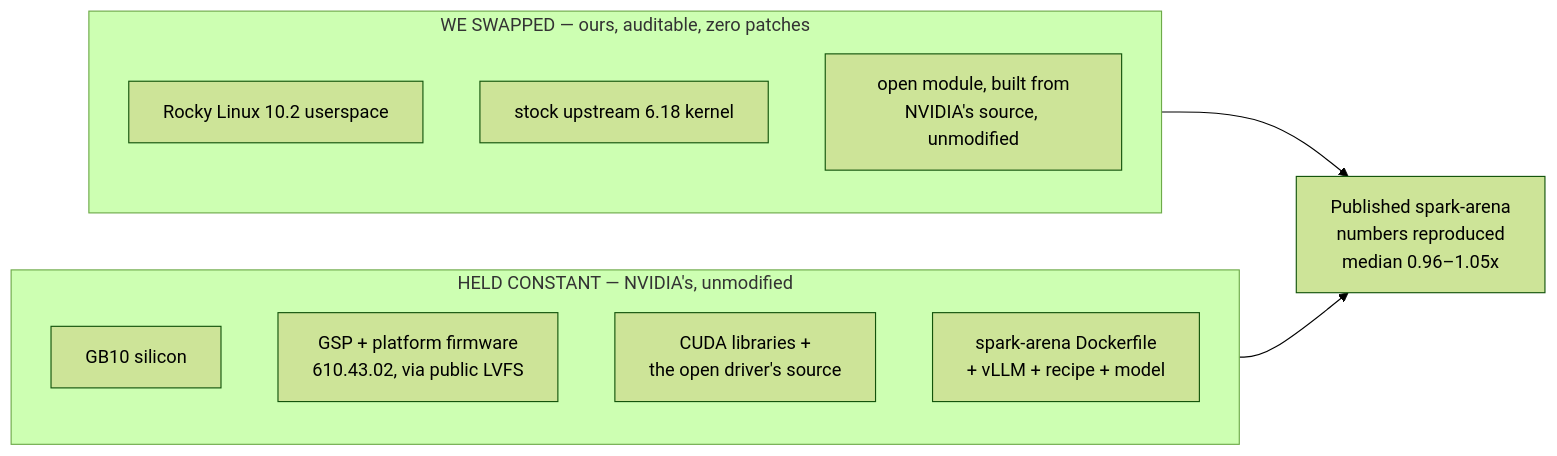
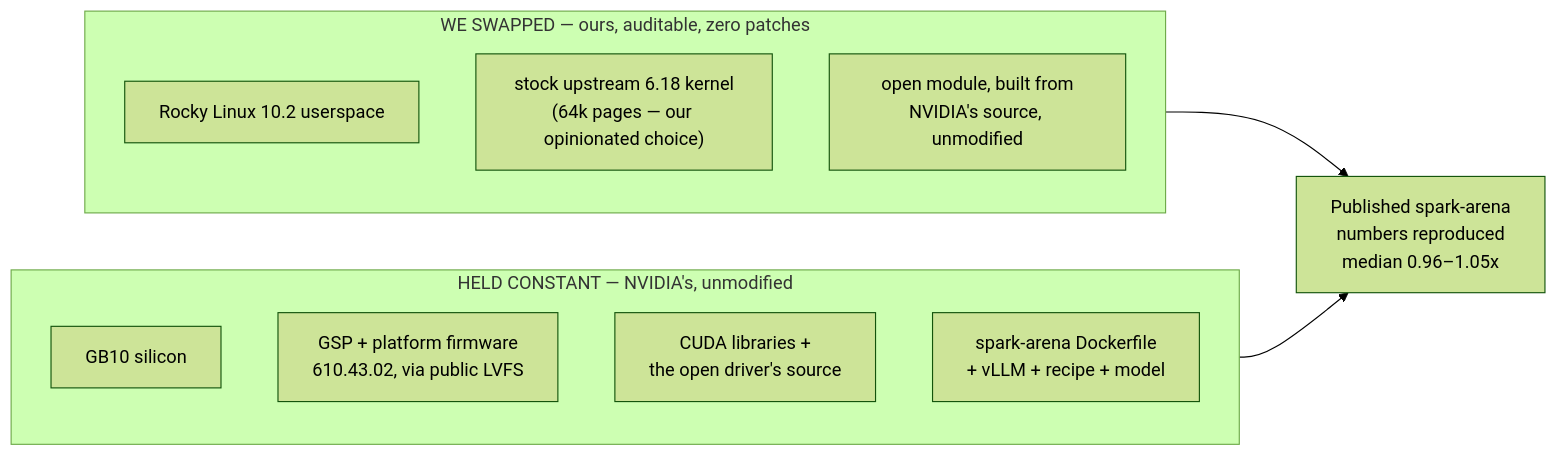
Before and after one commit to maxspevack/spark-rocky: the diagram in docs/benchmark/proof.md, drawn with Mermaid (forest theme). The commit also changed 12 other files, not shown here.

First line of the commit message:
Integrate 64k page size as the pinned, opinionated build choice

````diff
--- a/docs/benchmark/proof.md
+++ b/docs/benchmark/proof.md
@@ -28,18 +28,18 @@
 ```mermaid
 graph LR
     subgraph held["HELD CONSTANT — NVIDIA's, unmodified"]
         direction TB
         A["GB10 silicon"]
         B["GSP + platform firmware<br/>610.43.02, via public LVFS"]
         C["CUDA libraries +<br/>the open driver's source"]
         D["spark-arena Dockerfile<br/>+ vLLM + recipe + model"]
     end
     subgraph swapped["WE SWAPPED — ours, auditable, zero patches"]
         direction TB
         E["Rocky Linux 10.2 userspace"]
-        F["stock upstream 6.18 kernel"]
+        F["stock upstream 6.18 kernel<br/>(64k pages — our opinionated choice)"]
         G["open module, built from<br/>NVIDIA's source, unmodified"]
     end
     swapped --> R["Published spark-arena<br/>numbers reproduced<br/>median 0.96–1.05x"]
     held --> R
 ```
````
